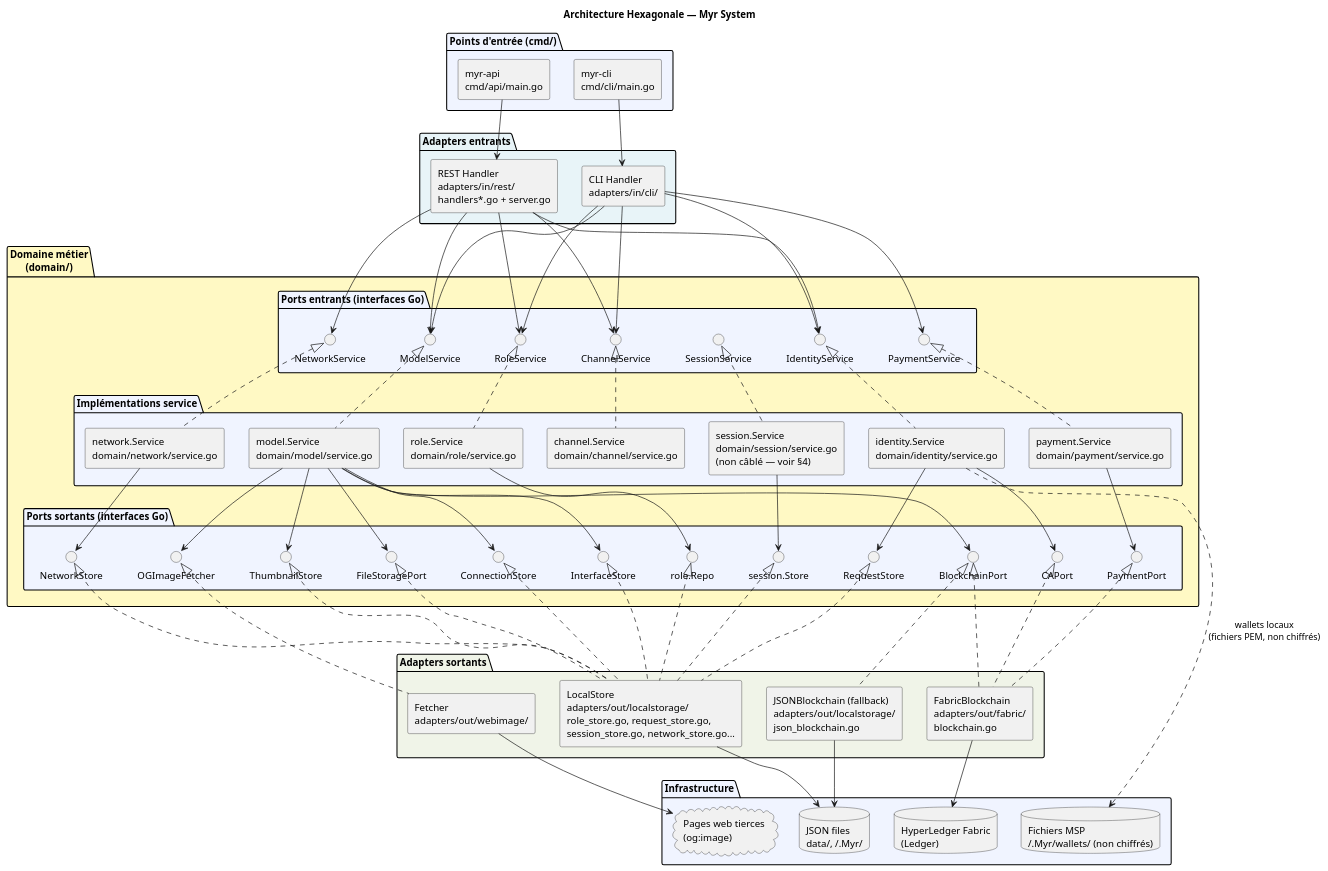
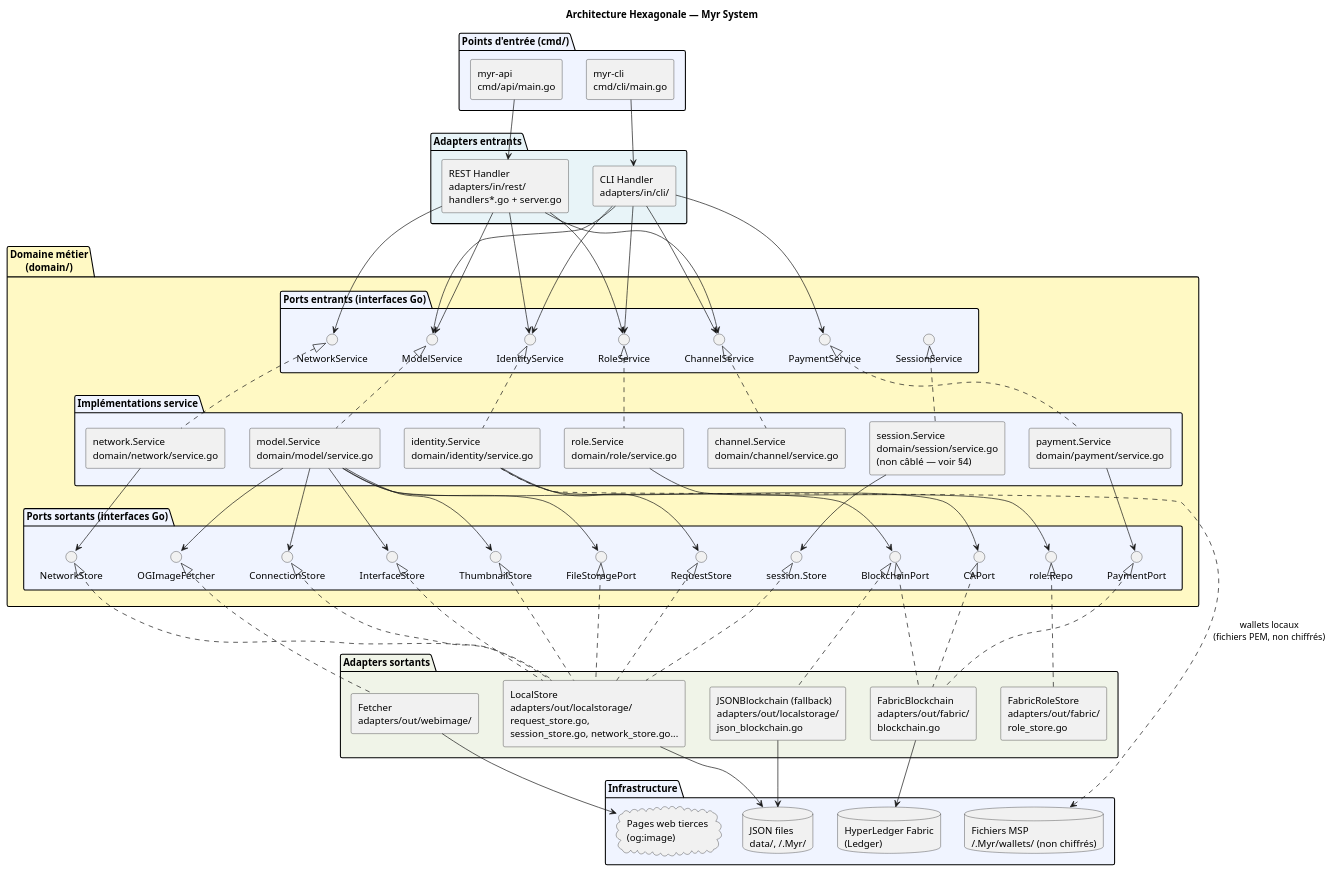
One commit to myr-forge/myr-core changed the first of 2 diagrams in specs/3-Conception/Architecture_Hexagonale.md. Above: the diagram before and after it, drawn with PlantUML. The commit also changed 50 other files, not shown here.

```diff
--- a/specs/3-Conception/Architecture_Hexagonale.md
+++ b/specs/3-Conception/Architecture_Hexagonale.md
@@ -134,7 +134,8 @@
 package "Adapters sortants" #f0f4e8 {
   [FabricBlockchain\nadapters/out/fabric/\nblockchain.go] as AdFabric
   [JSONBlockchain (fallback)\nadapters/out/localstorage/\njson_blockchain.go] as AdJSON
-  [LocalStore\nadapters/out/localstorage/\nrole_store.go, request_store.go,\nsession_store.go, network_store.go...] as AdLocal
+  [FabricRoleStore\nadapters/out/fabric/\nrole_store.go] as AdFabricRoles
+  [LocalStore\nadapters/out/localstorage/\nrequest_store.go,\nsession_store.go, network_store.go...] as AdLocal
   [Fetcher\nadapters/out/webimage/] as AdWebImg
 }
 
@@ -191,7 +192,7 @@
 PWebImg <|.. AdWebImg
 PNet <|.. AdLocal
 PReq <|.. AdLocal
-PRole <|.. AdLocal
+PRole <|.. AdFabricRoles
 PSess <|.. AdLocal
 PCA <|.. AdFabric
 PPay <|.. AdFabric
```
